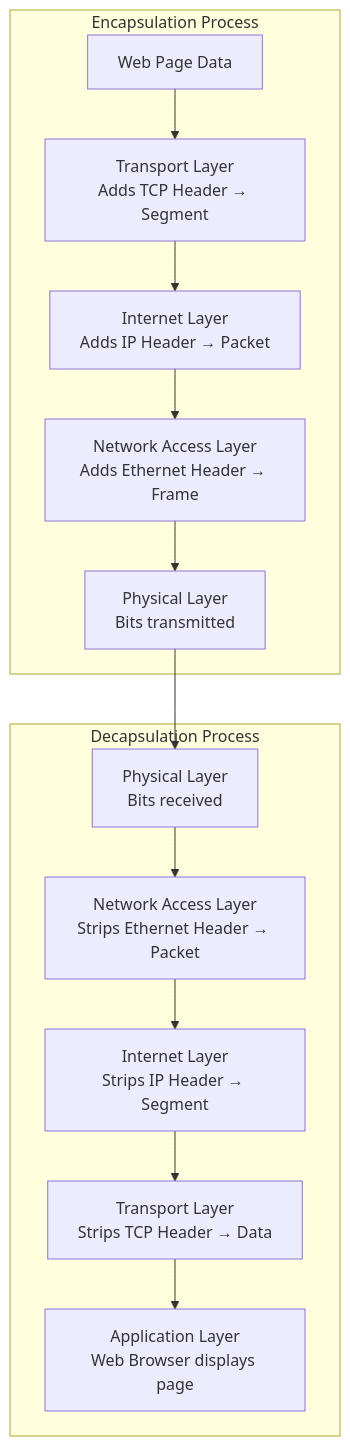
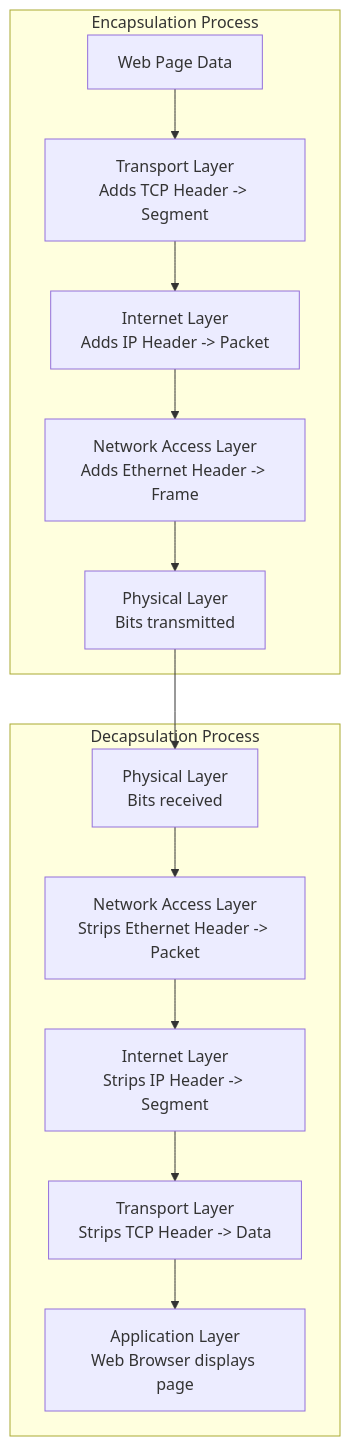
One commit to AhmedOsman101/Obsidian changed the diagram in src/College/yearTwo/secondTerm/CCNA/Lectures/Lecture-4.md. Above: the diagram before and after it, drawn with Mermaid. The commit also changed other lines of this file and 4 other files, not shown here.

````diff
--- a/src/College/yearTwo/secondTerm/CCNA/Lectures/Lecture-4.md
+++ b/src/College/yearTwo/secondTerm/CCNA/Lectures/Lecture-4.md
@@ -46,18 +51,18 @@
 ```mermaid
 flowchart TD
     subgraph Sender [Encapsulation Process]
-        A[Web Page Data] --> B[Transport Layer<br/>Adds TCP Header → Segment]
-        B --> C[Internet Layer<br/>Adds IP Header → Packet]
-        C --> D[Network Access Layer<br/>Adds Ethernet Header → Frame]
+        A[Web Page Data] --> B[Transport Layer<br/>Adds TCP Header -> Segment]
+        B --> C[Internet Layer<br/>Adds IP Header -> Packet]
+        C --> D[Network Access Layer<br/>Adds Ethernet Header -> Frame]
         D --> E[Physical Layer<br/>Bits transmitted]
     end
-    
+
     subgraph Receiver [Decapsulation Process]
-        F[Physical Layer<br/>Bits received] --> G[Network Access Layer<br/>Strips Ethernet Header → Packet]
-        G --> H[Internet Layer<br/>Strips IP Header → Segment]
-        H --> I[Transport Layer<br/>Strips TCP Header → Data]
+        F[Physical Layer<br/>Bits received] --> G[Network Access Layer<br/>Strips Ethernet Header -> Packet]
+        G --> H[Internet Layer<br/>Strips IP Header -> Segment]
+        H --> I[Transport Layer<br/>Strips TCP Header -> Data]
         I --> J[Application Layer<br/>Web Browser displays page]
     end
-    
+
     E --> F
 ```
````
